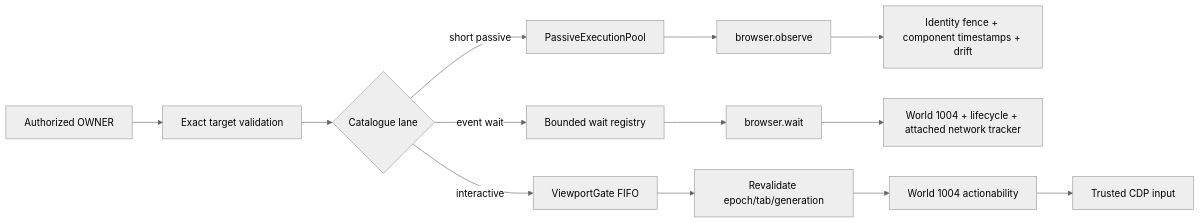
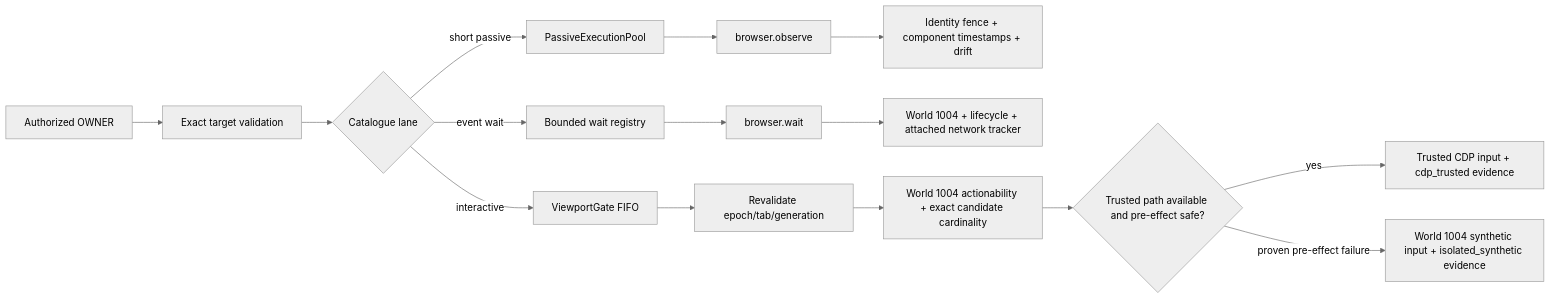
The diagram in plans/260901-1011-antifan-core-runtime-freeze/phase-03-browser-observation-and-action-kernel.md (Devs2-Stores/AntiFan), drawn with Mermaid (neutral theme) before and after one commit. The commit also changed other lines of this file and 10 other files, not shown here.

````diff
--- a/plans/260901-1011-antifan-core-runtime-freeze/phase-03-browser-observation-and-action-kernel.md
+++ b/plans/260901-1011-antifan-core-runtime-freeze/phase-03-browser-observation-and-action-kernel.md
@@ -41,15 +42,17 @@
 ```mermaid
 flowchart LR
     Owner[Authorized OWNER] --> Target[Exact target validation]
     Target --> Lane{Catalogue lane}
     Lane -->|short passive| Pool[PassiveExecutionPool]
     Pool --> Observe[browser.observe]
     Lane -->|event wait| WaitRegistry[Bounded wait registry]
     WaitRegistry --> Wait[browser.wait]
     Observe --> Coherence[Identity fence + component timestamps + drift]
     Wait --> Events[World 1004 + lifecycle + attached network tracker]
     Lane -->|interactive| Gate[ViewportGate FIFO]
     Gate --> Recheck[Revalidate epoch/tab/generation]
-    Recheck --> Actionable[World 1004 actionability]
-    Actionable --> CDP[Trusted CDP input]
+    Recheck --> Actionable[World 1004 actionability + exact candidate cardinality]
+    Actionable --> Tier{Trusted path available and pre-effect safe?}
+    Tier -->|yes| CDP[Trusted CDP input + cdp_trusted evidence]
+    Tier -->|proven pre-effect failure| Synthetic[World 1004 synthetic input + isolated_synthetic evidence]
 ```
````
